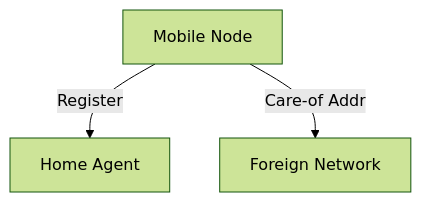
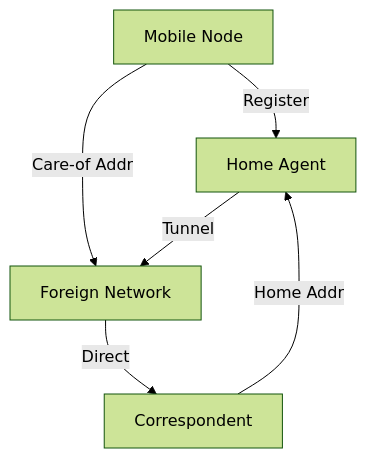
Before and after one commit to Attash2312/cntheory: the diagram in ch7/7.5_Mobility_Management_Principles.md, drawn with Mermaid (forest theme). The commit also changed other lines of this file and 79 other files, not shown here.

````diff
--- a/ch7/7.5_Mobility_Management_Principles.md
+++ b/ch7/7.5_Mobility_Management_Principles.md
@@ -20,5 +210,8 @@
 ```mermaid
 graph TD
   A[Mobile Node] -- Register --> B[Home Agent]
   A -- Care-of Addr --> C[Foreign Network]
+  D[Correspondent] -- Home Addr --> B
+  B -- Tunnel --> C
+  C -- Direct --> D
 ```
````
